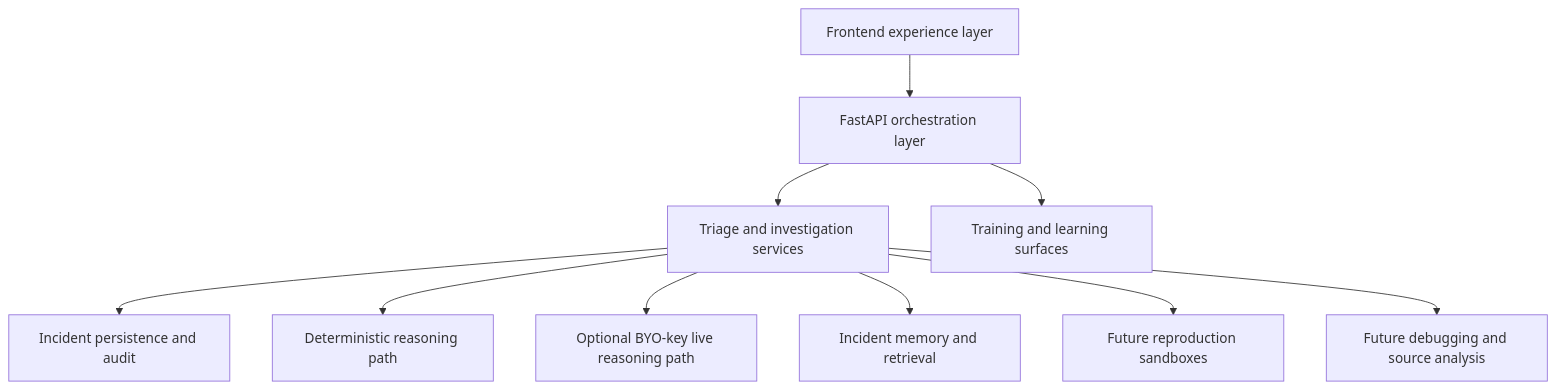
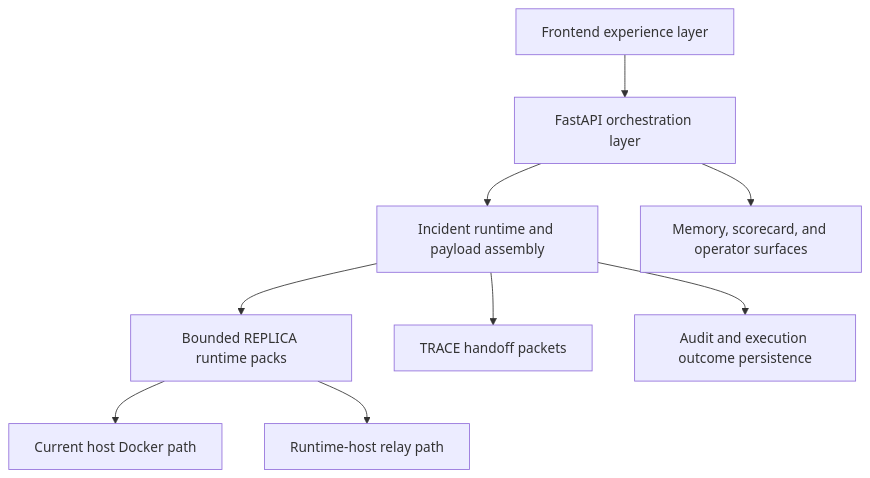
One commit to kunalkachru/nexus-v2 changed the second of 2 diagrams in docs/VISUAL_ARCHITECTURE_AND_FLOWS.md. Above: the diagram before and after it, drawn with Mermaid. The commit also changed other lines of this file and 32 other files, not shown here.

First line of the commit message:
feat(#110): Bounded REPLICA and TRACE support for auth dependency family

````diff
--- a/docs/VISUAL_ARCHITECTURE_AND_FLOWS.md
+++ b/docs/VISUAL_ARCHITECTURE_AND_FLOWS.md
@@ -109,12 +61,11 @@
 ```mermaid
 flowchart TD
     A["Frontend experience layer"] --> B["FastAPI orchestration layer"]
-    B --> C["Triage and investigation services"]
-    B --> D["Training and learning surfaces"]
-    C --> E["Incident persistence and audit"]
-    C --> F["Deterministic reasoning path"]
-    C --> G["Optional BYO-key live reasoning path"]
-    C --> H["Incident memory and retrieval"]
-    C --> I["Future reproduction sandboxes"]
-    C --> J["Future debugging and source analysis"]
+    B --> C["Incident runtime and payload assembly"]
+    B --> D["Memory, scorecard, and operator surfaces"]
+    C --> E["Bounded REPLICA runtime packs"]
+    C --> F["TRACE handoff packets"]
+    C --> G["Audit and execution outcome persistence"]
+    E --> H["Current host Docker path"]
+    E --> I["Runtime-host relay path"]
 ```
````
